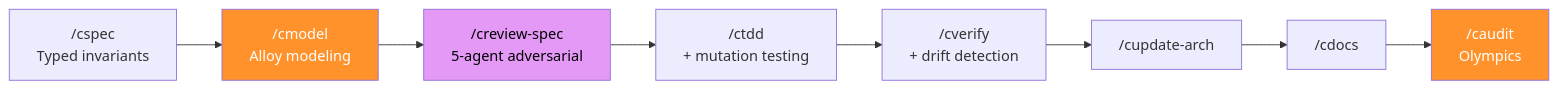
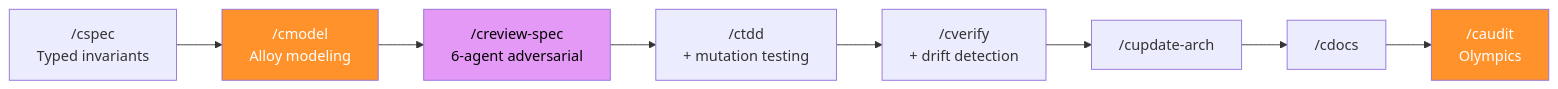
The second of 6 diagrams in README.md (joshft/correctless), drawn with Mermaid before and after one commit. The commit also changed other lines of this file and 24 other files, not shown here.

First line of the commit message:
Add UX review lens to creview-spec, creview, ctdd, and caudit (#107) (#111)

````diff
--- a/README.md
+++ b/README.md
@@ -122,14 +122,14 @@
 ```mermaid
 graph LR
     A["/cspec<br/>Typed invariants"] --> B["/cmodel<br/>Alloy modeling"]
-    B --> C["/creview-spec<br/>5-agent adversarial"]
+    B --> C["/creview-spec<br/>6-agent adversarial"]
     C --> D["/ctdd<br/>+ mutation testing"]
     D --> E["/cverify<br/>+ drift detection"]
     E --> F["/cupdate-arch"]
     F --> G["/cdocs"]
     G --> H["/caudit<br/>Olympics"]
 
     style B fill:#ff922b,color:#fff
     style C fill:#e599f7,color:#000
     style H fill:#ff922b,color:#fff
 ```
````
